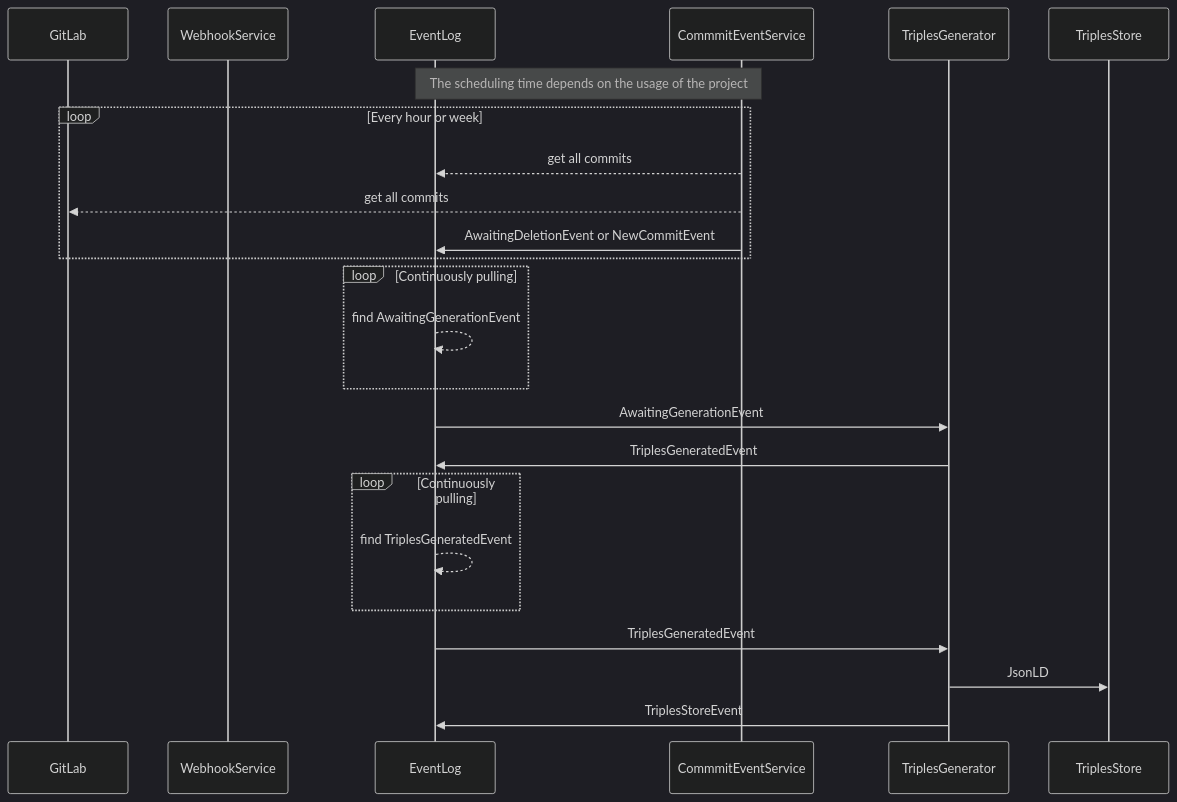
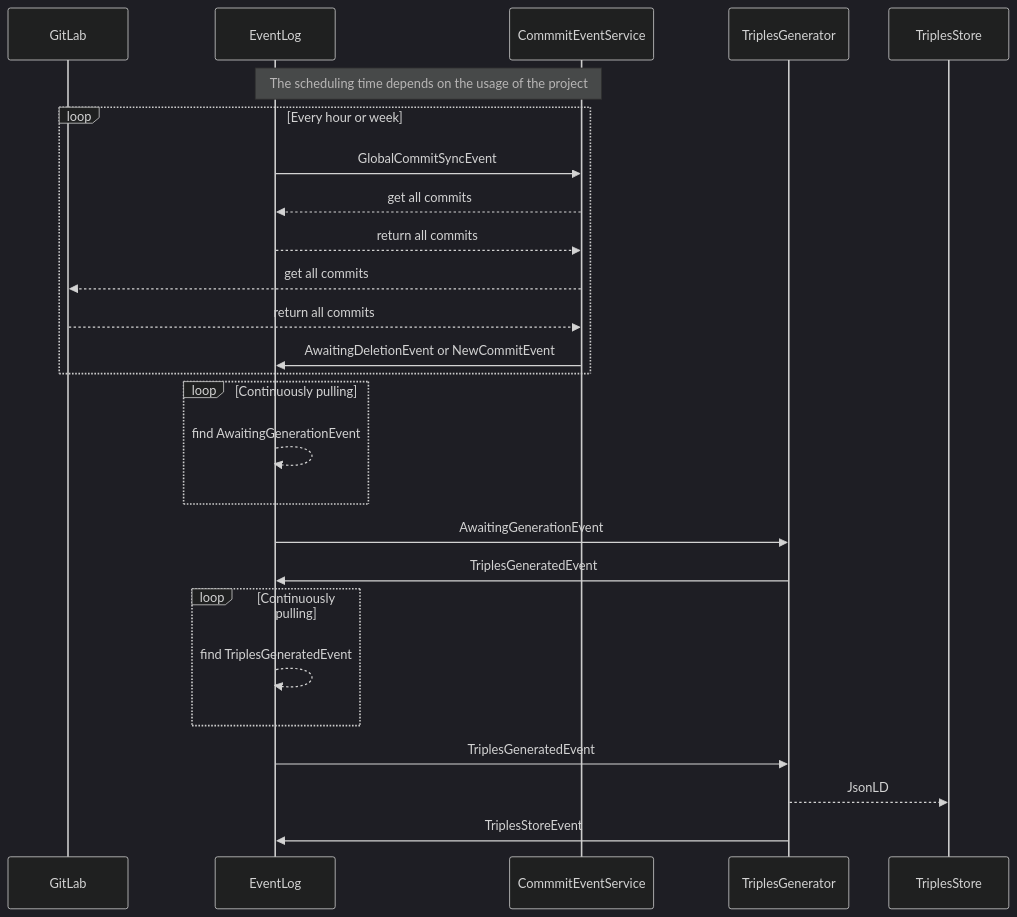
One commit to SwissDataScienceCenter/renku-graph changed the second of 2 diagrams in README.md. Above: the diagram before and after it, drawn with Mermaid (dark theme). The commit also changed other lines of this file, not shown here.

Commit message:
docs : corrected event flow description

````diff
--- a/README.md
+++ b/README.md
@@ -82,27 +87,28 @@
 ```mermaid
 sequenceDiagram
     participant GitLab
-    participant WebhookService
     participant EventLog
     participant CommmitEventService
     participant TriplesGenerator
     participant TriplesStore
     Note over CommmitEventService, EventLog: The scheduling time depends on the usage of the project
     loop Every hour or week
+    EventLog ->>CommmitEventService: GlobalCommitSyncEvent
     CommmitEventService -->>EventLog: get all commits
+    EventLog -->>CommmitEventService: return all commits
     CommmitEventService -->>GitLab: get all commits
+    GitLab -->>CommmitEventService: return all commits
     CommmitEventService ->>EventLog: AwaitingDeletionEvent or NewCommitEvent
     end
-    
     loop Continuously pulling
     EventLog -->>EventLog: find AwaitingGenerationEvent
     end
     EventLog ->>TriplesGenerator: AwaitingGenerationEvent
     TriplesGenerator ->>EventLog: TriplesGeneratedEvent
     loop Continuously pulling
     EventLog -->>EventLog: find TriplesGeneratedEvent
     end
     EventLog ->>TriplesGenerator: TriplesGeneratedEvent
-    TriplesGenerator ->>TriplesStore: JsonLD
+    TriplesGenerator -->>TriplesStore: JsonLD
     TriplesGenerator ->>EventLog: TriplesStoreEvent
 ```
````
